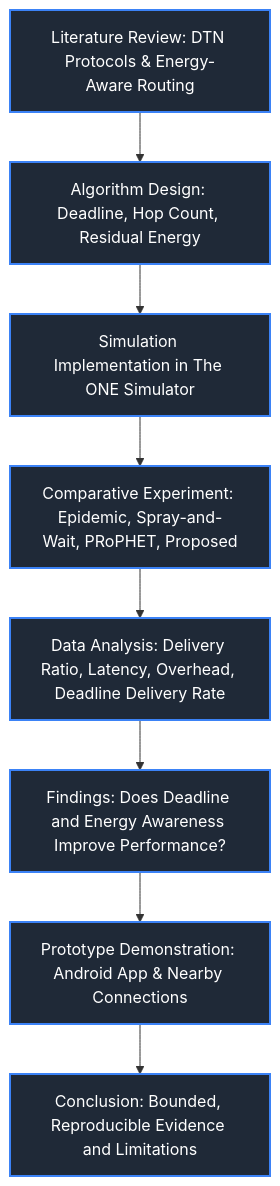
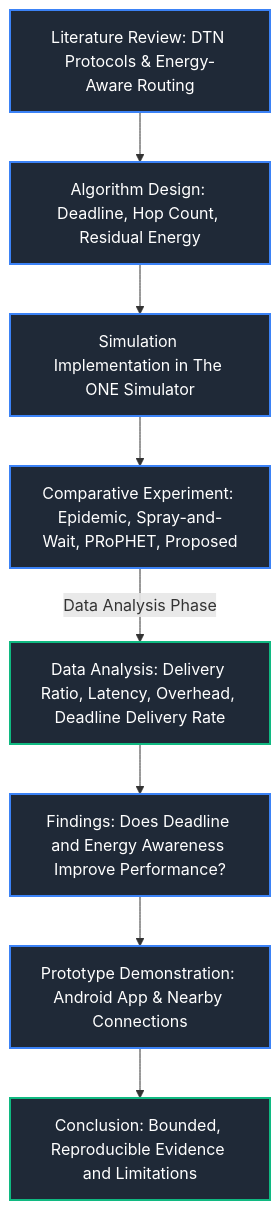
The second of 3 diagrams in EmergencyLink_Diagrams.md (kyaotey/gufyfgkuyfuf), drawn with Mermaid before and after one commit.

Commit message:
docs: update flowchart structure and styling in EmergencyLink diagrams

````diff
--- a/EmergencyLink_Diagrams.md
+++ b/EmergencyLink_Diagrams.md
@@ -42,19 +42,25 @@
 ```mermaid
 flowchart TD
+    %% Left side (Top to Bottom)
     A[Literature Review: DTN Protocols & Energy-Aware Routing] --> B[Algorithm Design: Deadline, Hop Count, Residual Energy]
     B --> C[Simulation Implementation in The ONE Simulator]
     C --> D[Comparative Experiment: Epidemic, Spray-and-Wait, PRoPHET, Proposed]
-    D --> E[Data Analysis: Delivery Ratio, Latency, Overhead, Deadline Delivery Rate]
+    
+    %% The Bridge at the bottom
+    D -->|Data Analysis Phase| E[Data Analysis: Delivery Ratio, Latency, Overhead, Deadline Delivery Rate]
+    
+    %% Right side (Bottom to Top)
     E --> F[Findings: Does Deadline and Energy Awareness Improve Performance?]
     F --> G[Prototype Demonstration: Android App & Nearby Connections]
     G --> H[Conclusion: Bounded, Reproducible Evidence and Limitations]
-    
+
+    %% Styling to make it look clean on GitHub
     style A fill:#1f2937,stroke:#3b82f6,stroke-width:2px,color:#fff
     style B fill:#1f2937,stroke:#3b82f6,stroke-width:2px,color:#fff
     style C fill:#1f2937,stroke:#3b82f6,stroke-width:2px,color:#fff
     style D fill:#1f2937,stroke:#3b82f6,stroke-width:2px,color:#fff
-    style E fill:#1f2937,stroke:#3b82f6,stroke-width:2px,color:#fff
+    style E fill:#1f2937,stroke:#10b981,stroke-width:2px,color:#fff
     style F fill:#1f2937,stroke:#3b82f6,stroke-width:2px,color:#fff
     style G fill:#1f2937,stroke:#3b82f6,stroke-width:2px,color:#fff
-    style H fill:#1f2937,stroke:#3b82f6,stroke-width:2px,color:#fff
+    style H fill:#1f2937,stroke:#10b981,stroke-width:2px,color:#fff
 ```
````
